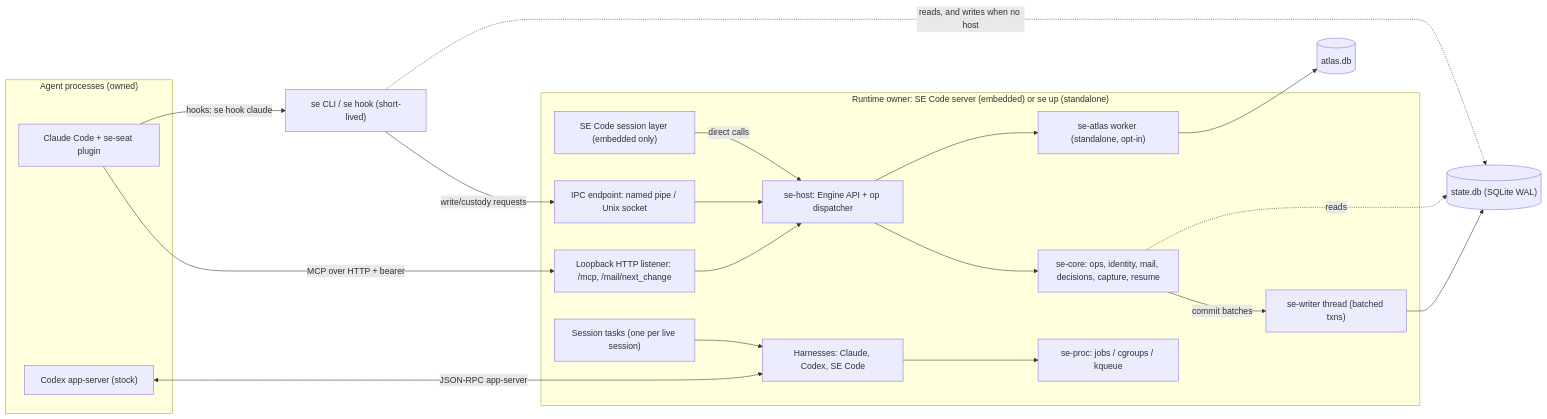
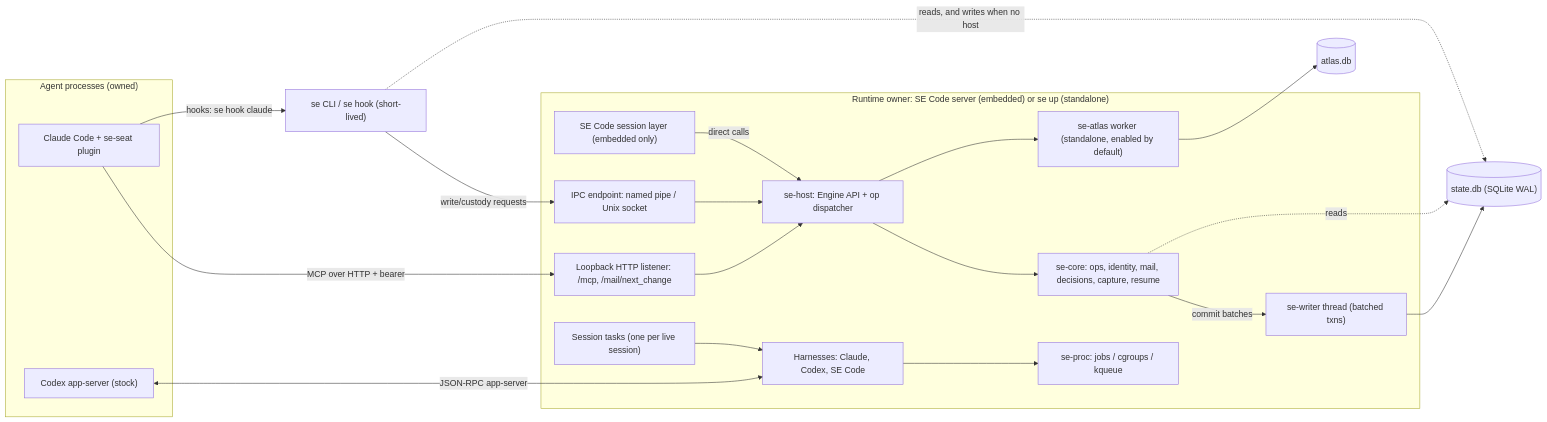
Before and after one commit to StateEngine/StateEngine: the first of 5 diagrams in docs/design/00-overview-and-invariants.md, drawn with Mermaid. The commit also changed 6 other files, not shown here.

Commit message:
Explain unpublished Atlas counts and preserve the corrected default activation documentation.

````diff
--- a/docs/design/00-overview-and-invariants.md
+++ b/docs/design/00-overview-and-invariants.md
@@ -126,38 +126,38 @@
 ```mermaid
 flowchart LR
   subgraph Agents["Agent processes (owned)"]
     CC["Claude Code + se-seat plugin"]
     CX["Codex app-server (stock)"]
   end
   subgraph Host["Runtime owner: SE Code server (embedded) or se up (standalone)"]
     SC["SE Code session layer (embedded only)"]
     API["se-host: Engine API + op dispatcher"]
     LIS["Loopback HTTP listener: /mcp, /mail/next_change"]
     IPC["IPC endpoint: named pipe / Unix socket"]
     ST["Session tasks (one per live session)"]
     HAR["Harnesses: Claude, Codex, SE Code"]
     CORE["se-core: ops, identity, mail, decisions, capture, resume"]
     WR["se-writer thread (batched txns)"]
     PROC["se-proc: jobs / cgroups / kqueue"]
-    ATL["se-atlas worker (standalone, opt-in)"]
+    ATL["se-atlas worker (standalone, enabled by default)"]
   end
   CLI["se CLI / se hook (short-lived)"]
   DB[("state.db (SQLite WAL)")]
   ADB[("atlas.db")]
   CC -- "MCP over HTTP + bearer" --> LIS
   CC -- "hooks: se hook claude" --> CLI
   CX <-- "JSON-RPC app-server" --> HAR
   SC -- "direct calls" --> API
   CLI -- "write/custody requests" --> IPC
   CLI -. "reads, and writes when no host" .-> DB
   LIS --> API
   IPC --> API
   API --> CORE
   ST --> HAR
   HAR --> PROC
   CORE -- "commit batches" --> WR
   WR --> DB
   CORE -. "reads" .-> DB
   ATL --> ADB
   API --> ATL
 ```
````
